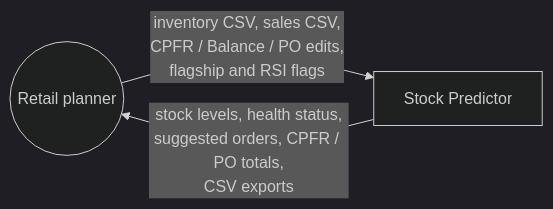
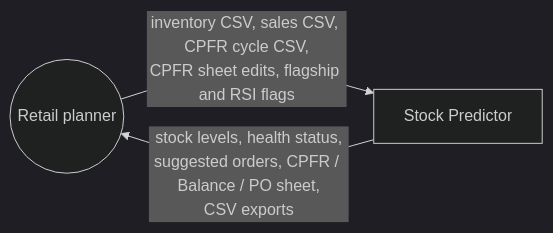
The first of 5 diagrams in docs/DATAFLOW.md (phonevilleofficial2025/stock-predictor), drawn with Mermaid (dark theme) before and after one commit. The commit also changed other lines of this file and 4 other files, not shown here.

````diff
--- a/docs/DATAFLOW.md
+++ b/docs/DATAFLOW.md
@@ -5,5 +5,5 @@
 ```mermaid
 flowchart LR
-  User(("Retail planner")) -- "inventory CSV, sales CSV,<br/>CPFR / Balance / PO edits,<br/>flagship and RSI flags" --> SP["Stock Predictor"]
-  SP -- "stock levels, health status,<br/>suggested orders, CPFR / PO totals,<br/>CSV exports" --> User
+  User(("Retail planner")) -- "inventory CSV, sales CSV, CPFR cycle CSV,<br/>CPFR sheet edits, flagship and RSI flags" --> SP["Stock Predictor"]
+  SP -- "stock levels, health status,<br/>suggested orders, CPFR / Balance / PO sheet,<br/>CSV exports" --> User
 ```
````
